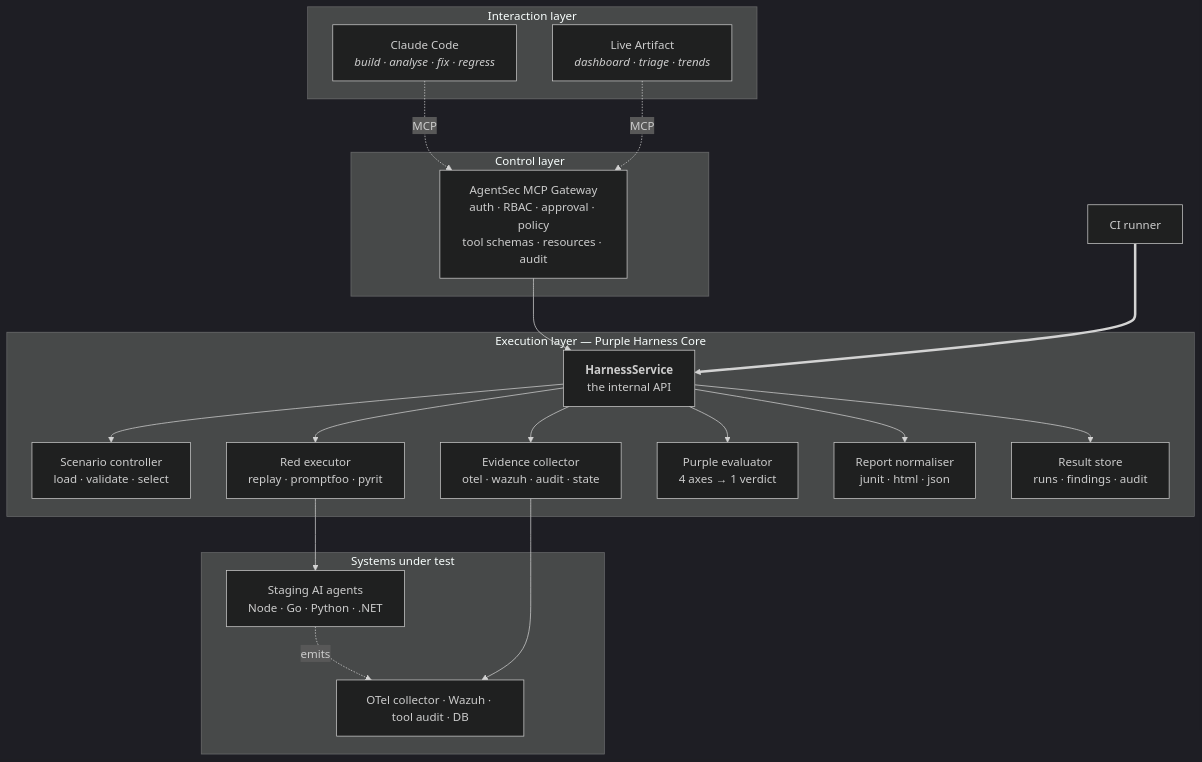
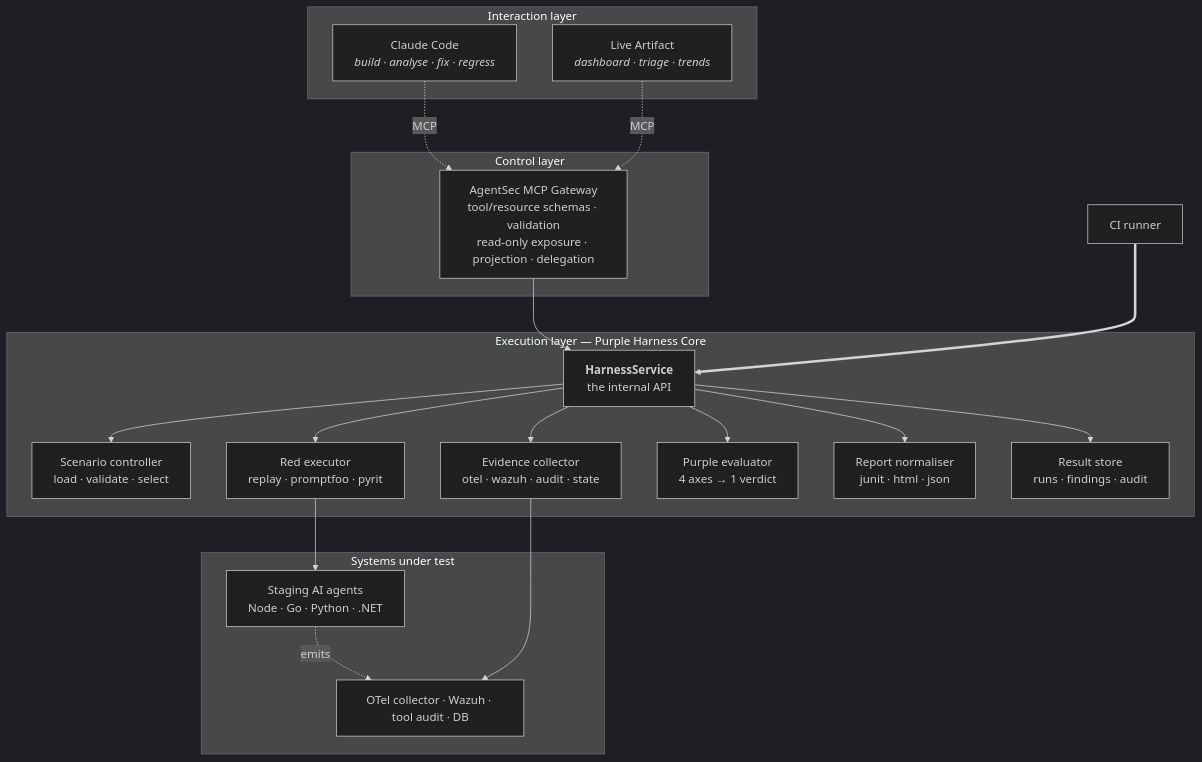
Before and after one commit to trionnemesis/AgentSec: the first of 2 diagrams in docs/architecture.md, drawn with Mermaid (dark theme). The commit also changed other lines of this file and 4 other files, not shown here.

````diff
--- a/docs/architecture.md
+++ b/docs/architecture.md
@@ -9,37 +9,37 @@
 ```mermaid
 flowchart TD
     subgraph L1["Interaction layer"]
         CC["Claude Code<br/><i>build · analyse · fix · regress</i>"]
         LA["Live Artifact<br/><i>dashboard · triage · trends</i>"]
     end
 
     subgraph L2["Control layer"]
-        GW["AgentSec MCP Gateway<br/>auth · RBAC · approval · policy<br/>tool schemas · resources · audit"]
+        GW["AgentSec MCP Gateway<br/>tool/resource schemas · validation<br/>read-only exposure · projection · delegation"]
     end
 
     subgraph L3["Execution layer — Purple Harness Core"]
         SVC["<b>HarnessService</b><br/>the internal API"]
         SC["Scenario controller<br/>load · validate · select"]
         RX["Red executor<br/>replay · promptfoo · pyrit"]
         EC["Evidence collector<br/>otel · wazuh · audit · state"]
         PE["Purple evaluator<br/>4 axes → 1 verdict"]
         RN["Report normaliser<br/>junit · html · json"]
         ST["Result store<br/>runs · findings · audit"]
     end
 
     subgraph L4["Systems under test"]
         AG["Staging AI agents<br/>Node · Go · Python · .NET"]
         TEL["OTel collector · Wazuh · tool audit · DB"]
     end
 
     CI["CI runner"]
 
     CC -. MCP .-> GW
     LA -. MCP .-> GW
     GW --> SVC
     CI ==> SVC
     SVC --> SC & RX & EC & PE & RN & ST
     RX --> AG
     AG -. emits .-> TEL
     EC --> TEL
 ```
````
